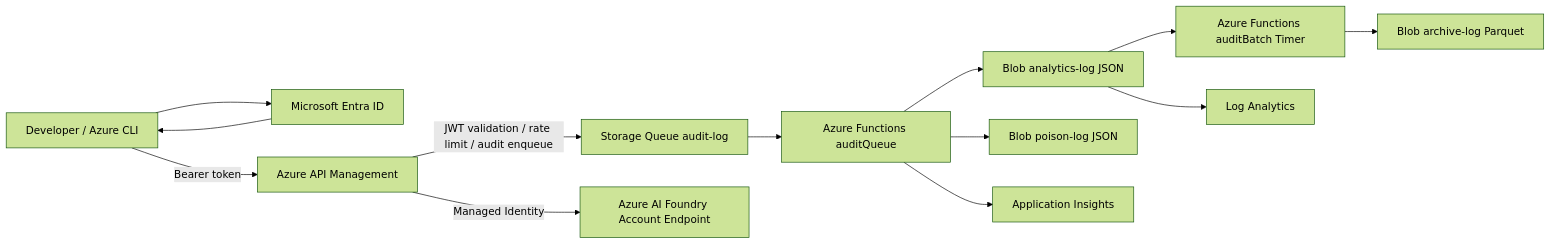
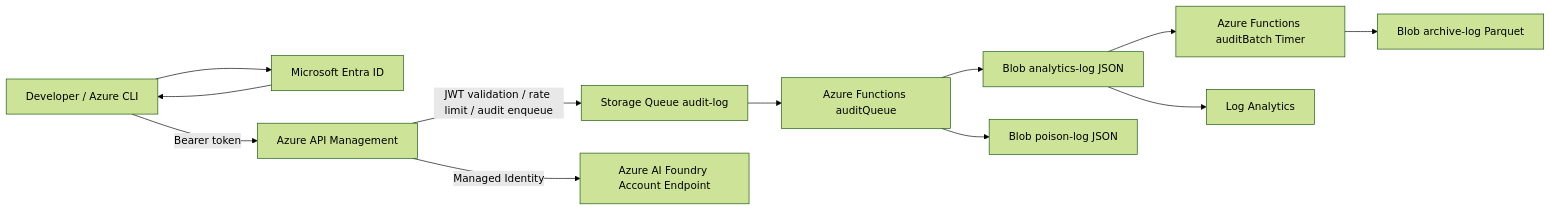
One commit to 75-8/FoundryAPI-use-insideCorp changed the diagram in README.md. Above: the diagram before and after it, drawn with Mermaid (forest theme). The commit also changed 2 other files, not shown here.

````diff
--- a/README.md
+++ b/README.md
@@ -50,15 +50,14 @@
 ```mermaid
 flowchart LR
   Developer[Developer / Azure CLI] --> Entra[Microsoft Entra ID]
   Entra --> Developer
   Developer -->|Bearer token| APIM[Azure API Management]
   APIM -->|JWT validation / rate limit / audit enqueue| Queue[Storage Queue audit-log]
   APIM -->|Managed Identity| Foundry[Azure AI Foundry Account Endpoint]
   Queue --> FuncQueue[Azure Functions auditQueue]
   FuncQueue --> Analytics[Blob analytics-log JSON]
   FuncQueue --> Poison[Blob poison-log JSON]
   Analytics --> FuncTimer[Azure Functions auditBatch Timer]
   FuncTimer --> Archive[Blob archive-log Parquet]
   Analytics --> LAW[Log Analytics]
-  FuncQueue --> Appi[Application Insights]
 ```
````
